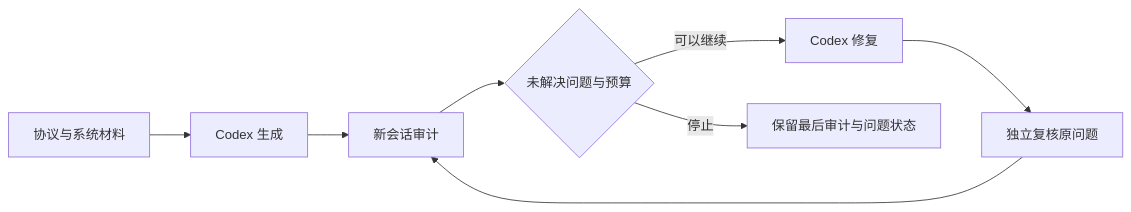
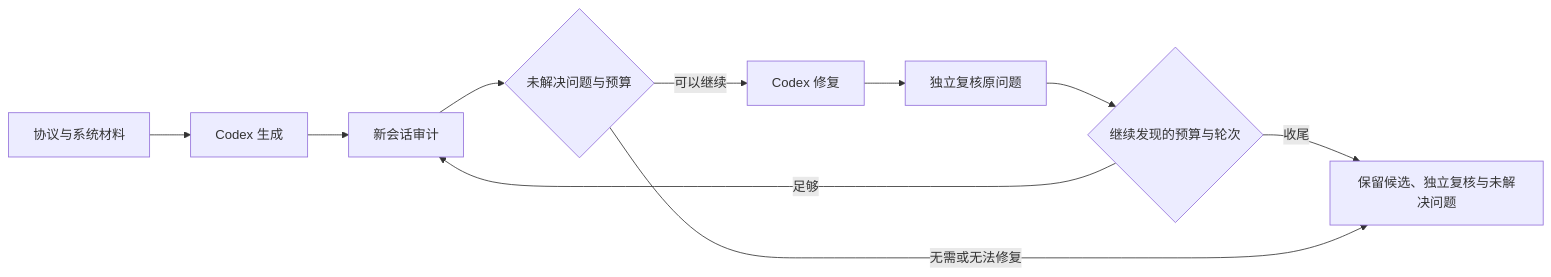
Before and after one commit to SuzumiyaHaruki/Consensus-fork: the diagram in README.md, drawn with Mermaid. The commit also changed other lines of this file and 14 other files, not shown here.

````diff
--- a/README.md
+++ b/README.md
@@ -54,10 +54,12 @@
 ```mermaid
 flowchart LR
     M[协议与系统材料] --> G[Codex 生成]
     G --> A[新会话审计]
     A --> D{未解决问题与预算}
     D -->|可以继续| R[Codex 修复]
     R --> V[独立复核原问题]
-    V --> A
-    D -->|停止| E[保留最后审计与问题状态]
+    V --> C{继续发现的预算与轮次}
+    C -->|足够| A
+    C -->|收尾| E[保留候选、独立复核与未解决问题]
+    D -->|无需或无法修复| E
 ```
````
